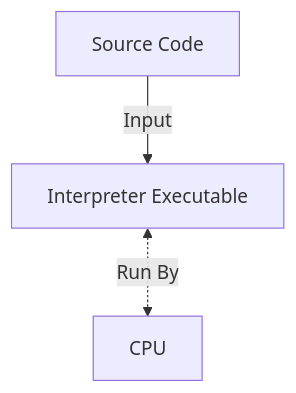
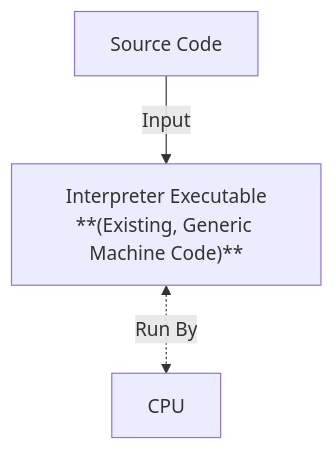
Before and after one commit to kiranjonathan-dev/ICSC26_Accelerating_Python_With_Numba_Lecture_Slides: the second of 2 diagrams in sections/compiled-interpreted.md, drawn with Mermaid. The commit also changed other lines of this file, not shown here.

````diff
--- a/sections/compiled-interpreted.md
+++ b/sections/compiled-interpreted.md
@@ -159,5 +162,6 @@
 ```mermaid
 flowchart TD
-    A[Source Code] -->| Input | B[Interpreter Executable]
+    A[Source Code] -->| Input | B["Interpreter Executable
+**(Existing, Generic Machine Code)**"]
     B <-.-> | Run By | C[CPU]
 ```
````
